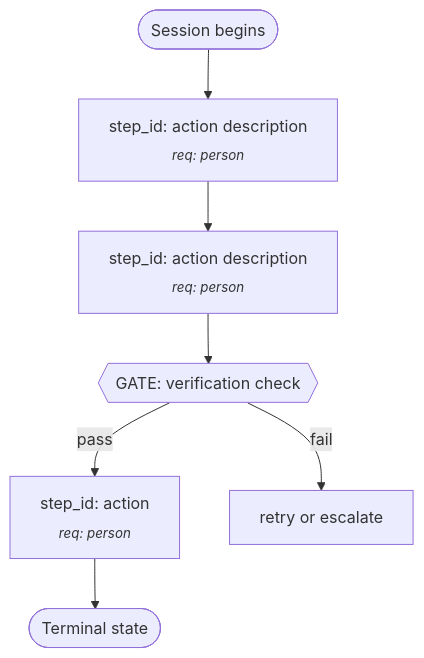
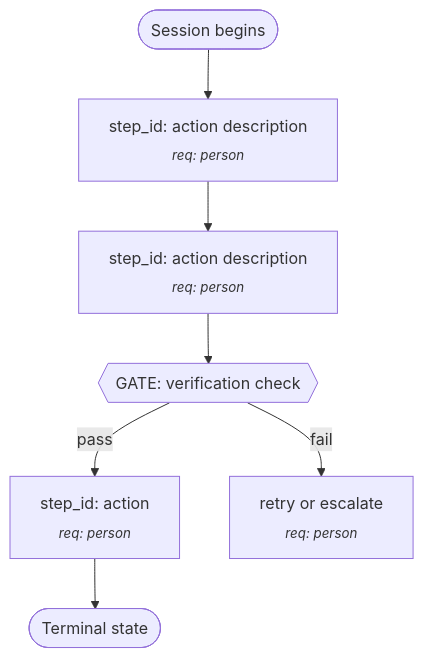
One commit to TheMikeFactoryMustGrow/process-design-plugin changed the diagram in skills/process-design/templates/process-spec-template.md. Above: the diagram before and after it, drawn with Mermaid. The commit also changed 4 other files, not shown here.

````diff
--- a/skills/process-design/templates/process-spec-template.md
+++ b/skills/process-design/templates/process-spec-template.md
@@ -146,9 +146,9 @@
 ```mermaid
 flowchart TD
     Start(["Session begins"]) --> S1["step_id: action description<br/><sub><i>req: person</i></sub>"]
     S1 --> S2["step_id: action description<br/><sub><i>req: person</i></sub>"]
     S2 --> Gate1{{"GATE: verification check"}}
     Gate1 -->|pass| S3["step_id: action<br/><sub><i>req: person</i></sub>"]
-    Gate1 -->|fail| Retry["retry or escalate"]
+    Gate1 -->|fail| Retry["retry or escalate<br/><sub><i>req: person</i></sub>"]
     S3 --> End(["Terminal state"])
 ```
````
